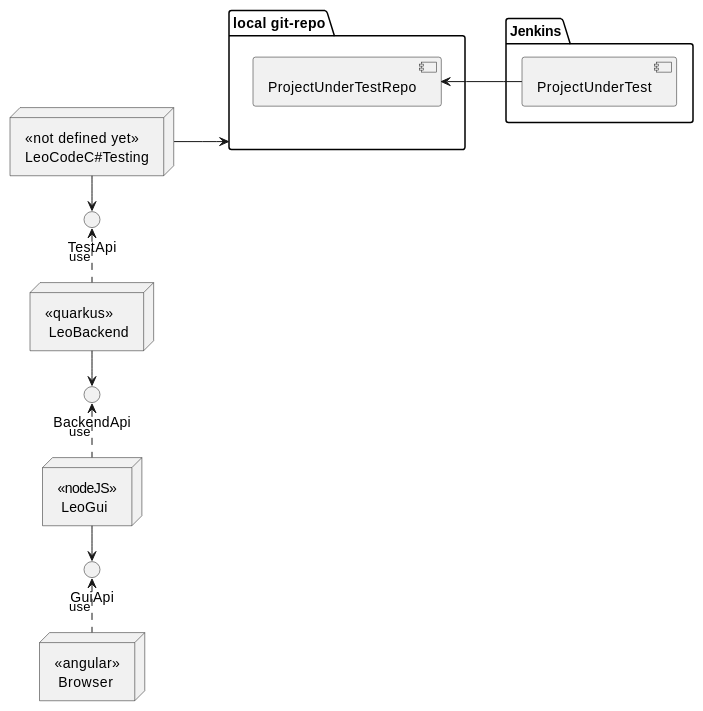
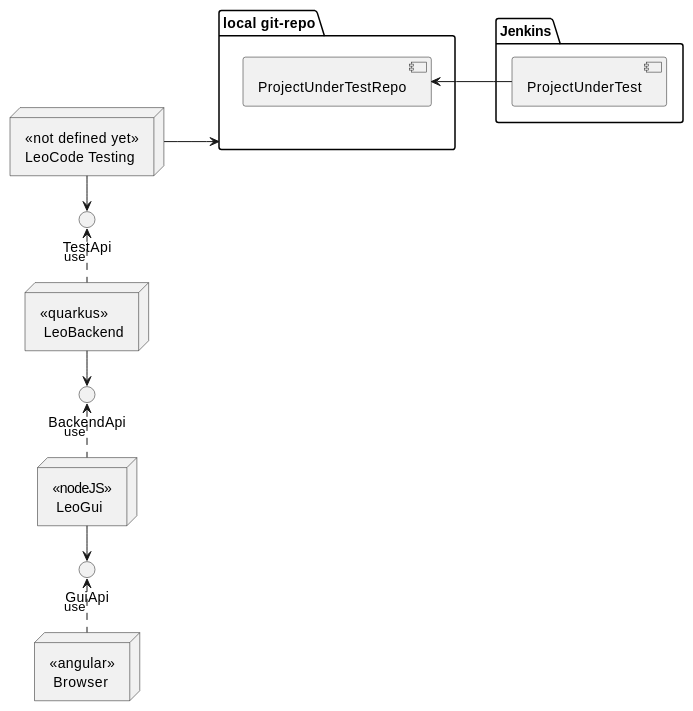
Before and after one commit to htl-leonding-project/leo-code: the second of 2 diagrams in asciidocs/system-specification.adoc, drawn with PlantUML. The commit also changed other lines of this file and 2 other files, not shown here.

```diff
--- a/asciidocs/system-specification.adoc
+++ b/asciidocs/system-specification.adoc
@@ -159,38 +159,38 @@
 [plantuml]
 ----
 @startuml
 
-node "<<not defined yet>>\nLeoCodeC#Testing" as n1
+node "<<not defined yet>>\nLeoCode Testing" as n1
 
 node "<<quarkus>>\n LeoBackend" as n2
 
 node "<<nodeJS>>\n LeoGui" as n3
 
 node "<<angular>>\n Browser" as n4
 
 interface TestApi
 
 interface BackendApi
 
 interface GuiApi
 
 package Jenkins{
 [ProjectUnderTest]
 }
 
 package "local git-repo" as l1{
 [ProjectUnderTestRepo]
 }
 
 left to right direction
 ProjectUnderTest -u-> ProjectUnderTestRepo
 n1 --> l1
 n1 -r-> TestApi
 n2 .-l-> TestApi : use
 n2 -r-> BackendApi
 n3 .-l-> BackendApi : use
 n3 -r-> GuiApi
 n4 .-l-> GuiApi : use
 
 @enduml
 ----
```
